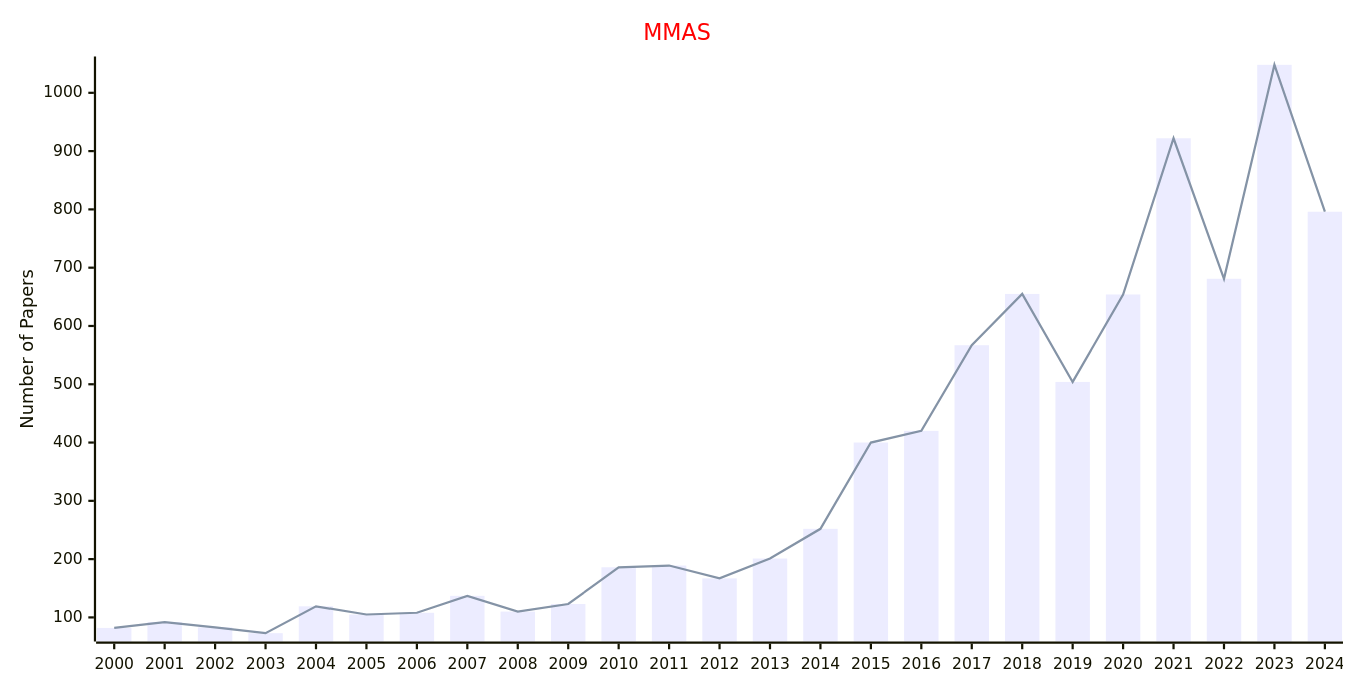
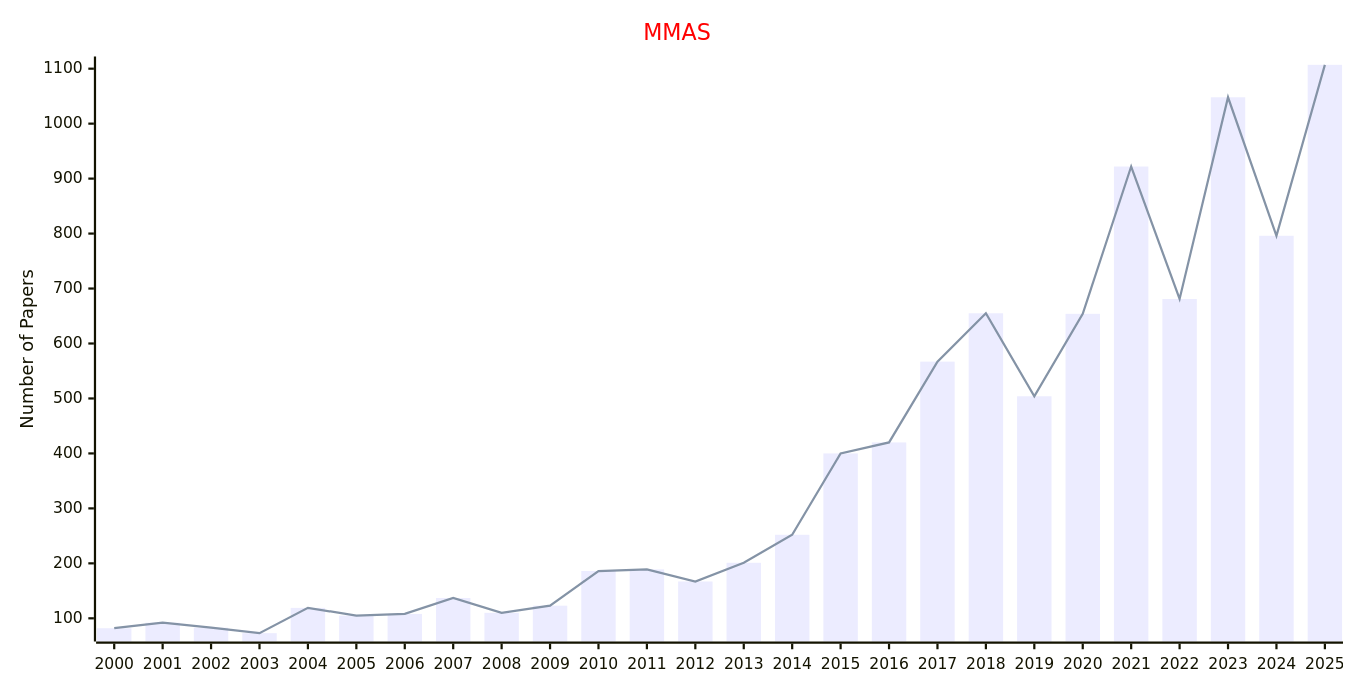
One commit to Easy-PhD/AILinks changed the fourth of 4 diagrams in docs/data/Journals/Statistics_Journals/Applied_Mathematics.md. Above: the diagram before and after it, drawn with Mermaid. The commit also changed other lines of this file and 107 other files, not shown here.

````diff
--- a/docs/data/Journals/Statistics_Journals/Applied_Mathematics.md
+++ b/docs/data/Journals/Statistics_Journals/Applied_Mathematics.md
@@ -81,17 +81,17 @@
 ```mermaid
 ---
 config:
     xyChart:
         width: 1200
         height: 600
     themeVariables:
         xyChart:
             titleColor: "#ff0000"
 ---
 xychart-beta
     title "MMAS"
-    x-axis [2000, 2001, 2002, 2003, 2004, 2005, 2006, 2007, 2008, 2009, 2010, 2011, 2012, 2013, 2014, 2015, 2016, 2017, 2018, 2019, 2020, 2021, 2022, 2023, 2024]
+    x-axis [2000, 2001, 2002, 2003, 2004, 2005, 2006, 2007, 2008, 2009, 2010, 2011, 2012, 2013, 2014, 2015, 2016, 2017, 2018, 2019, 2020, 2021, 2022, 2023, 2024, 2025]
     y-axis "Number of Papers"
-    bar [82, 92, 83, 73, 119, 105, 108, 137, 110, 123, 186, 189, 167, 201, 252, 400, 420, 567, 655, 504, 654, 922, 681, 1048, 796]
-    line [82, 92, 83, 73, 119, 105, 108, 137, 110, 123, 186, 189, 167, 201, 252, 400, 420, 567, 655, 504, 654, 922, 681, 1048, 796]
+    bar [82, 92, 83, 73, 119, 105, 108, 137, 110, 123, 186, 189, 167, 201, 252, 400, 420, 567, 655, 504, 654, 922, 681, 1048, 796, 1107]
+    line [82, 92, 83, 73, 119, 105, 108, 137, 110, 123, 186, 189, 167, 201, 252, 400, 420, 567, 655, 504, 654, 922, 681, 1048, 796, 1107]
 ```
````
